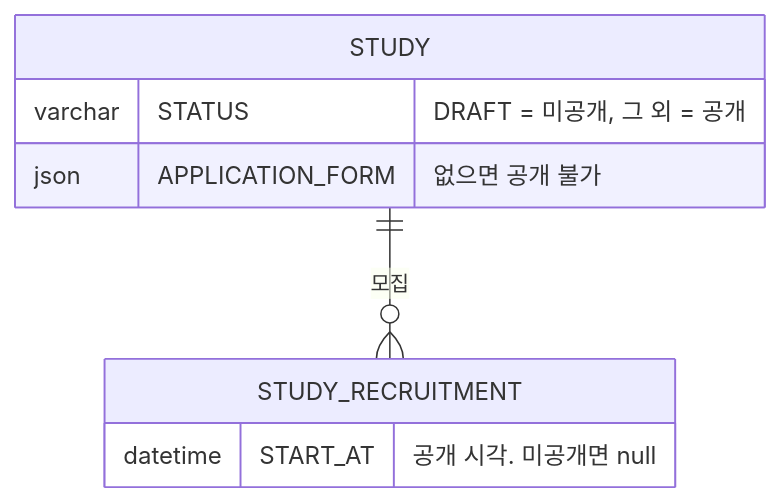
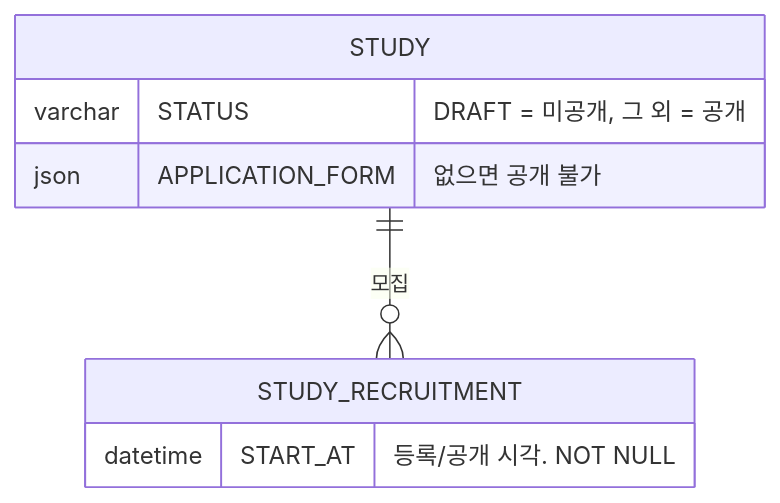
Before and after one commit to StudyClub-PlusPlus/studyclub-engineering: the second of 2 diagrams in planning/stories/captain-publish-study/PRD.md, drawn with Mermaid. The commit also changed other lines of this file and 11 other files, not shown here.

````diff
--- a/planning/stories/captain-publish-study/PRD.md
+++ b/planning/stories/captain-publish-study/PRD.md
@@ -93,11 +93,11 @@
 ```mermaid
 erDiagram
   STUDY ||--o{ STUDY_RECRUITMENT : "모집"
   STUDY {
     varchar STATUS "DRAFT = 미공개, 그 외 = 공개"
     json APPLICATION_FORM "없으면 공개 불가"
   }
   STUDY_RECRUITMENT {
-    datetime START_AT "공개 시각. 미공개면 null"
+    datetime START_AT "등록/공개 시각. NOT NULL"
   }
 ```
````
